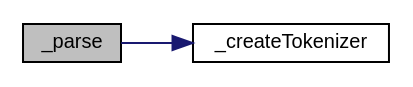
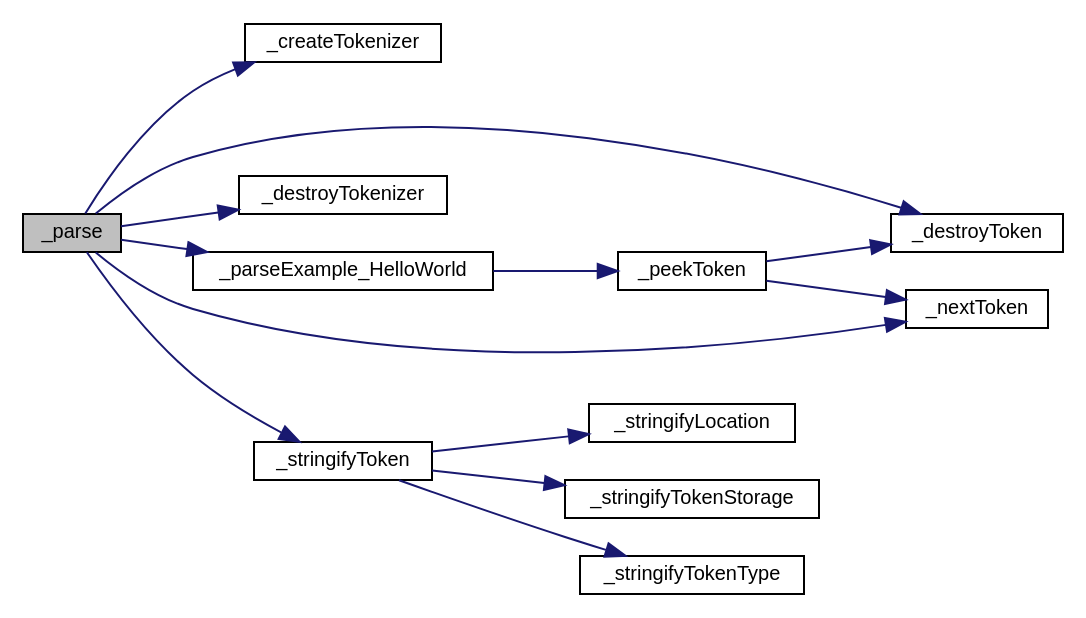
One commit to 4bstr4ct/corth changed the diagram in docs/corthc.org/d2/d72/parser_8c_aa13b44093a9b4f501c43f640be3790ec_cgraph.dot. Above: the diagram before and after it, drawn with Graphviz. The commit also changed 95 other files, not shown here.

Commit message:
Still worknig on a parser - this time to parse main with return 0 and that's it...

```diff
--- a/docs/corthc.org/d2/d72/parser_8c_aa13b44093a9b4f501c43f640be3790ec_cgraph.dot
+++ b/docs/corthc.org/d2/d72/parser_8c_aa13b44093a9b4f501c43f640be3790ec_cgraph.dot
@@ -1,10 +1,30 @@
 digraph "_parse"
 {
  // LATEX_PDF_SIZE
   edge [fontname="Helvetica",fontsize="10",labelfontname="Helvetica",labelfontsize="10"];
   node [fontname="Helvetica",fontsize="10",shape=record];
   rankdir="LR";
   Node1 [label="_parse",height=0.2,width=0.4,color="black", fillcolor="grey75", style="filled", fontcolor="black",tooltip=" "];
   Node1 -> Node2 [color="midnightblue",fontsize="10",style="solid",fontname="Helvetica"];
   Node2 [label="_createTokenizer",height=0.2,width=0.4,color="black", fillcolor="white", style="filled",URL="$de/d57/group__TOKENIZER.html#ga7bca1d5f232ec0cf9bb4d24dacb9332a",tooltip="Create the tokenizer, read the file and store it's content in a dynamically allocated buffer."];
+  Node1 -> Node3 [color="midnightblue",fontsize="10",style="solid",fontname="Helvetica"];
+  Node3 [label="_destroyToken",height=0.2,width=0.4,color="black", fillcolor="white", style="filled",URL="$db/d58/group__TOKEN.html#ga61edee5614ff6fdcf25a38f93d09e906",tooltip="Destroy and deallocate all dynamically allocated resources for a specified token, thus freeing the me..."];
+  Node1 -> Node4 [color="midnightblue",fontsize="10",style="solid",fontname="Helvetica"];
+  Node4 [label="_destroyTokenizer",height=0.2,width=0.4,color="black", fillcolor="white", style="filled",URL="$de/d57/group__TOKENIZER.html#ga019d7eaeb970ab79e862f22d7e840e48",tooltip="Deallocate and free all tokenizer's resources and fields that were allocated on heap."];
+  Node1 -> Node5 [color="midnightblue",fontsize="10",style="solid",fontname="Helvetica"];
+  Node5 [label="_nextToken",height=0.2,width=0.4,color="black", fillcolor="white", style="filled",URL="$de/d57/group__TOKENIZER.html#ga39cbd7b1504ade8058591b053542eac8",tooltip="Parse and return next token."];
+  Node1 -> Node6 [color="midnightblue",fontsize="10",style="solid",fontname="Helvetica"];
+  Node6 [label="_parseExample_HelloWorld",height=0.2,width=0.4,color="black", fillcolor="white", style="filled",URL="$d2/d72/parser_8c.html#a817ddbff8df162edd9632cd2deca32b4",tooltip=" "];
+  Node6 -> Node7 [color="midnightblue",fontsize="10",style="solid",fontname="Helvetica"];
+  Node7 [label="_peekToken",height=0.2,width=0.4,color="black", fillcolor="white", style="filled",URL="$de/d57/group__TOKENIZER.html#ga429e3baa7b543c51dffef5fc335cd536",tooltip="Parse and peek the next token without moving the parser."];
+  Node7 -> Node3 [color="midnightblue",fontsize="10",style="solid",fontname="Helvetica"];
+  Node7 -> Node5 [color="midnightblue",fontsize="10",style="solid",fontname="Helvetica"];
+  Node1 -> Node8 [color="midnightblue",fontsize="10",style="solid",fontname="Helvetica"];
+  Node8 [label="_stringifyToken",height=0.2,width=0.4,color="black", fillcolor="white", style="filled",URL="$db/d58/group__TOKEN.html#ga64540ed8048da126162d7e49a6fef735",tooltip="Stringify a token with all its fields into a static chars buffer and return a pointer to that buffer'..."];
+  Node8 -> Node9 [color="midnightblue",fontsize="10",style="solid",fontname="Helvetica"];
+  Node9 [label="_stringifyLocation",height=0.2,width=0.4,color="black", fillcolor="white", style="filled",URL="$d0/dad/location_8c.html#ae2ed69fe4522b605e8a7a245e9dd3ec4",tooltip="Stringify a location structure to the format 'file=s, line=d, column=d'."];
+  Node8 -> Node10 [color="midnightblue",fontsize="10",style="solid",fontname="Helvetica"];
+  Node10 [label="_stringifyTokenStorage",height=0.2,width=0.4,color="black", fillcolor="white", style="filled",URL="$db/d58/group__TOKEN.html#ga9b32167937fbc9dccb012b0cd90113c3",tooltip="Stringify token storage."];
+  Node8 -> Node11 [color="midnightblue",fontsize="10",style="solid",fontname="Helvetica"];
+  Node11 [label="_stringifyTokenType",height=0.2,width=0.4,color="black", fillcolor="white", style="filled",URL="$db/d58/group__TOKEN.html#ga23aa0bd700069d91d1bbd40f54f3e3f7",tooltip="Stringify token type."];
 }
```
